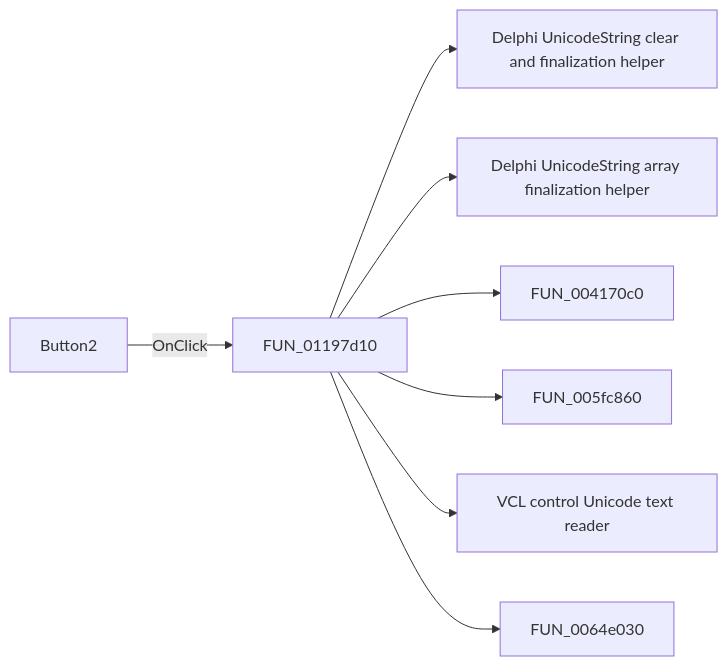
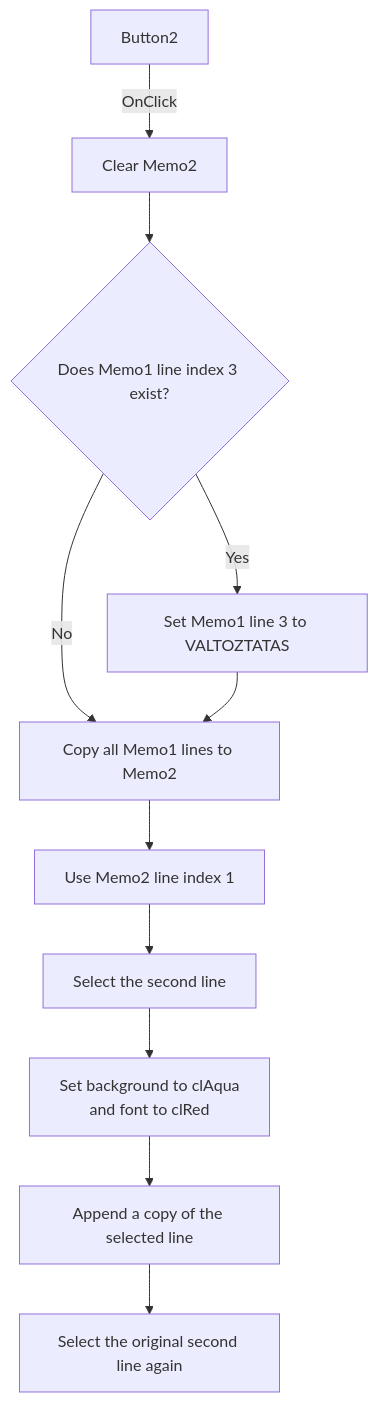
Before and after one commit to MovGP0/TIARA: the diagram in docs/ui-controls/kiiro-form/button2-e444993ba6.md, drawn with Mermaid. The commit also changed other lines of this file and 387 other files, not shown here.

````diff
--- a/docs/ui-controls/kiiro-form/button2-e444993ba6.md
+++ b/docs/ui-controls/kiiro-form/button2-e444993ba6.md
@@ -27,10 +47,13 @@
 ```mermaid
-flowchart LR
-    control["Button2"] -->|OnClick| handler["FUN_01197d10"]
-    handler --> call1["Delphi UnicodeString clear and finalization helper"]
-    handler --> call2["Delphi UnicodeString array finalization helper"]
-    handler --> call3["FUN_004170c0"]
-    handler --> call4["FUN_005fc860"]
-    handler --> call5["VCL control Unicode text reader"]
-    handler --> call6["FUN_0064e030"]
+flowchart TD
+    control["Button2"] -->|OnClick| clearMemo["Clear Memo2"]
+    clearMemo --> fourthLine{"Does Memo1 line index 3 exist?"}
+    fourthLine -->|Yes| replaceLine["Set Memo1 line 3 to VALTOZTATAS"]
+    fourthLine -->|No| copyLines["Copy all Memo1 lines to Memo2"]
+    replaceLine --> copyLines
+    copyLines --> secondLine["Use Memo2 line index 1"]
+    secondLine --> selectLine["Select the second line"]
+    selectLine --> colors["Set background to clAqua<br/>and font to clRed"]
+    colors --> appendLine["Append a copy of the selected line"]
+    appendLine --> reselect["Select the original second line again"]
 ```
````
